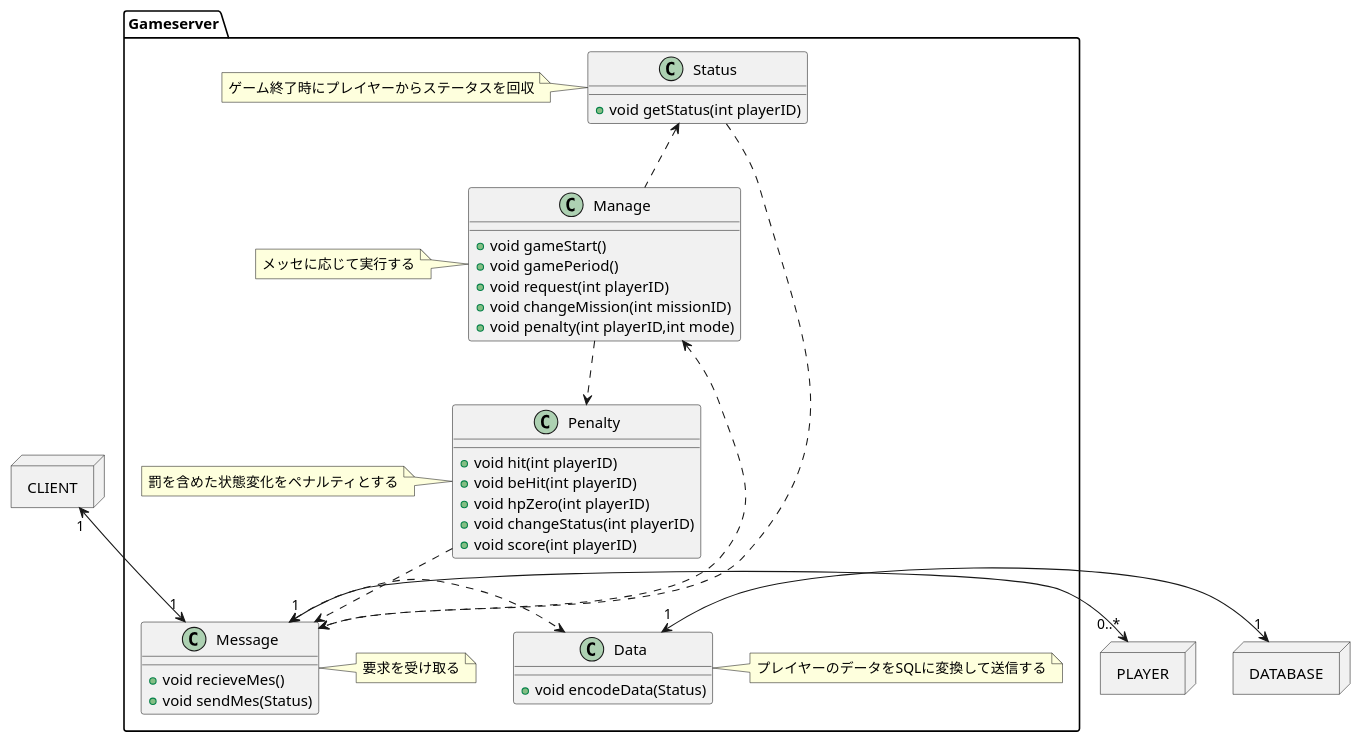
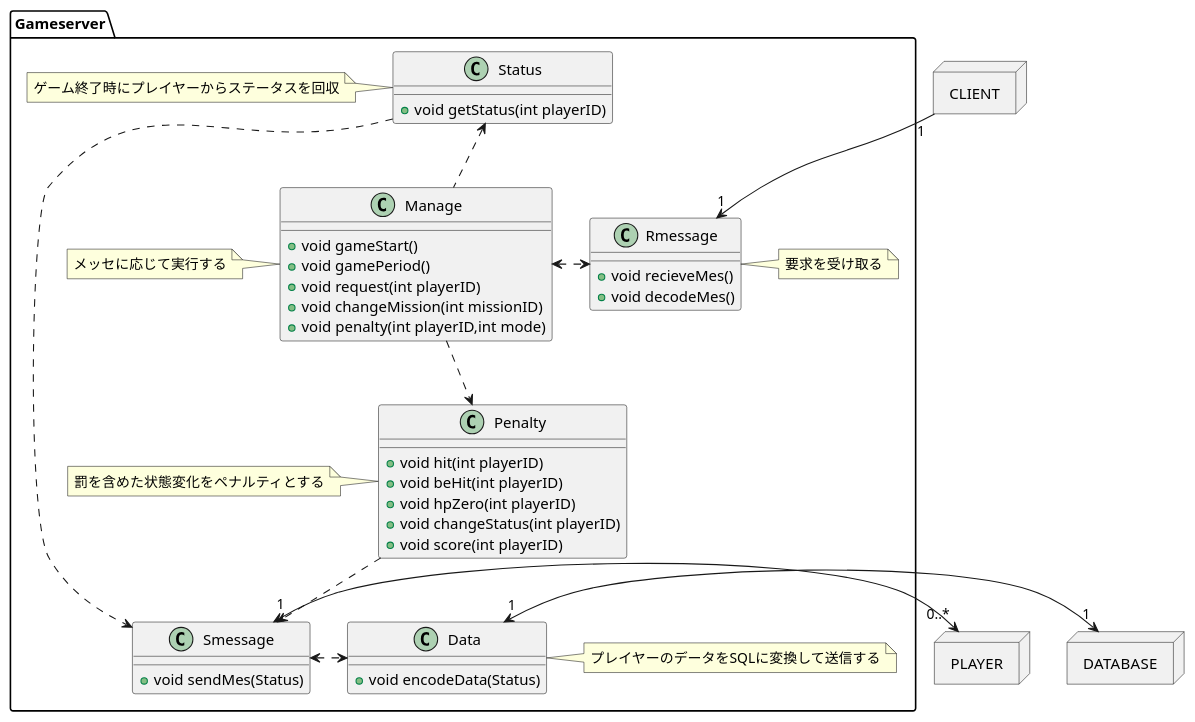
One commit to H28KoyosaiInfo/Design changed the diagram in GameServer.pu. Above: the diagram before and after it, drawn with PlantUML.

Commit message:
改良。

```diff
--- a/GameServer.pu
+++ b/GameServer.pu
@@ -2,65 +2,67 @@
 @startuml
 
 Package Gameserver{
   Class Manage{
     +void gameStart()
     +void gamePeriod()
     +void request(int playerID)
     +void changeMission(int missionID)
     +void penalty(int playerID,int mode)
   }
   note left:メッセに応じて実行する
 
   Class Penalty{
     +void hit(int playerID)
     +void beHit(int playerID)
     +void hpZero(int playerID)
     +void changeStatus(int playerID)
     +void score(int playerID)
   }
   note left:罰を含めた状態変化をペナルティとする
 
-  Class Message{
+  Class Rmessage{
     +void recieveMes()
-    +void sendMes(Status)
+    +void decodeMes()
   }
   note right:要求を受け取る
 
+  Class Smessage{
+    +void sendMes(Status)
+  }
+
   Class Status{
-      +void getStatus(int playerID)
-    }
-    note left:ゲーム終了時にプレイヤーからステータスを回収
+    +void getStatus(int playerID)
+  }
+  note left:ゲーム終了時にプレイヤーからステータスを回収
 
   Class Data{
     +void encodeData(Status)
   }
   note right:プレイヤーのデータをSQLに変換して送信する
 }
 
 Package CLIENT <<node>>{
 }
-
 Package PLAYER <<node>>{
 }
 Package DATABASE <<node>>{
 }
 
-'Package Client{
-'}
 
-CLIENT"1"<-->"1"Message
 
-Message<.left>Manage
-Message<.right>Data
-Message"1" <-> "0..*"PLAYER
+CLIENT"1"-->"1"Rmessage
 
-Status ..>Message
+Rmessage<.left>Manage
+Smessage<.right>Data
+Smessage"1" <-> "0..*"PLAYER
+
+Status ..>Smessage
 
 Manage ..>Penalty
 Manage ..up> Status
 
-Penalty ..> Message
+Penalty ..> Smessage
 
 Data"1"<->"1"DATABASE
 
 @enduml
```
